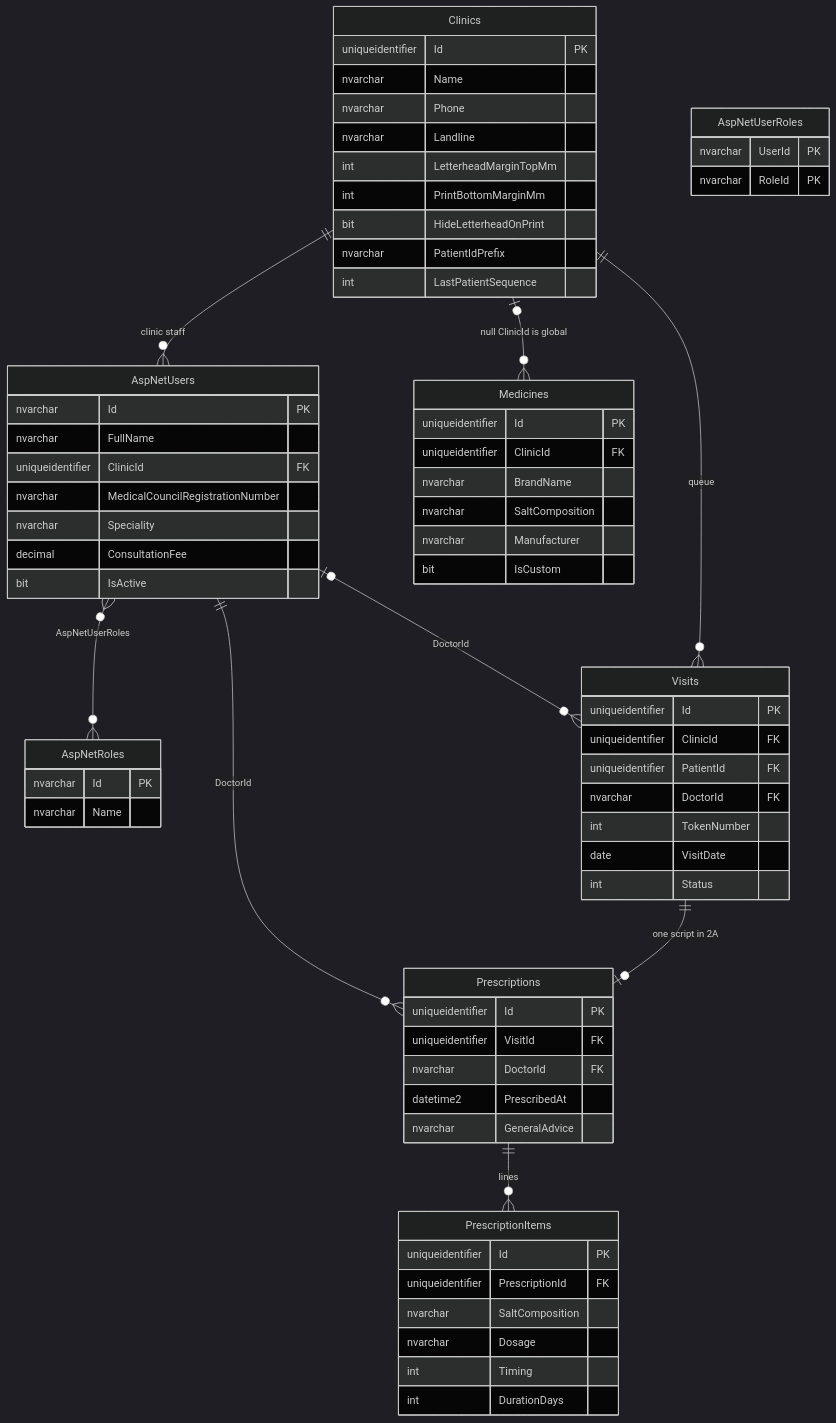
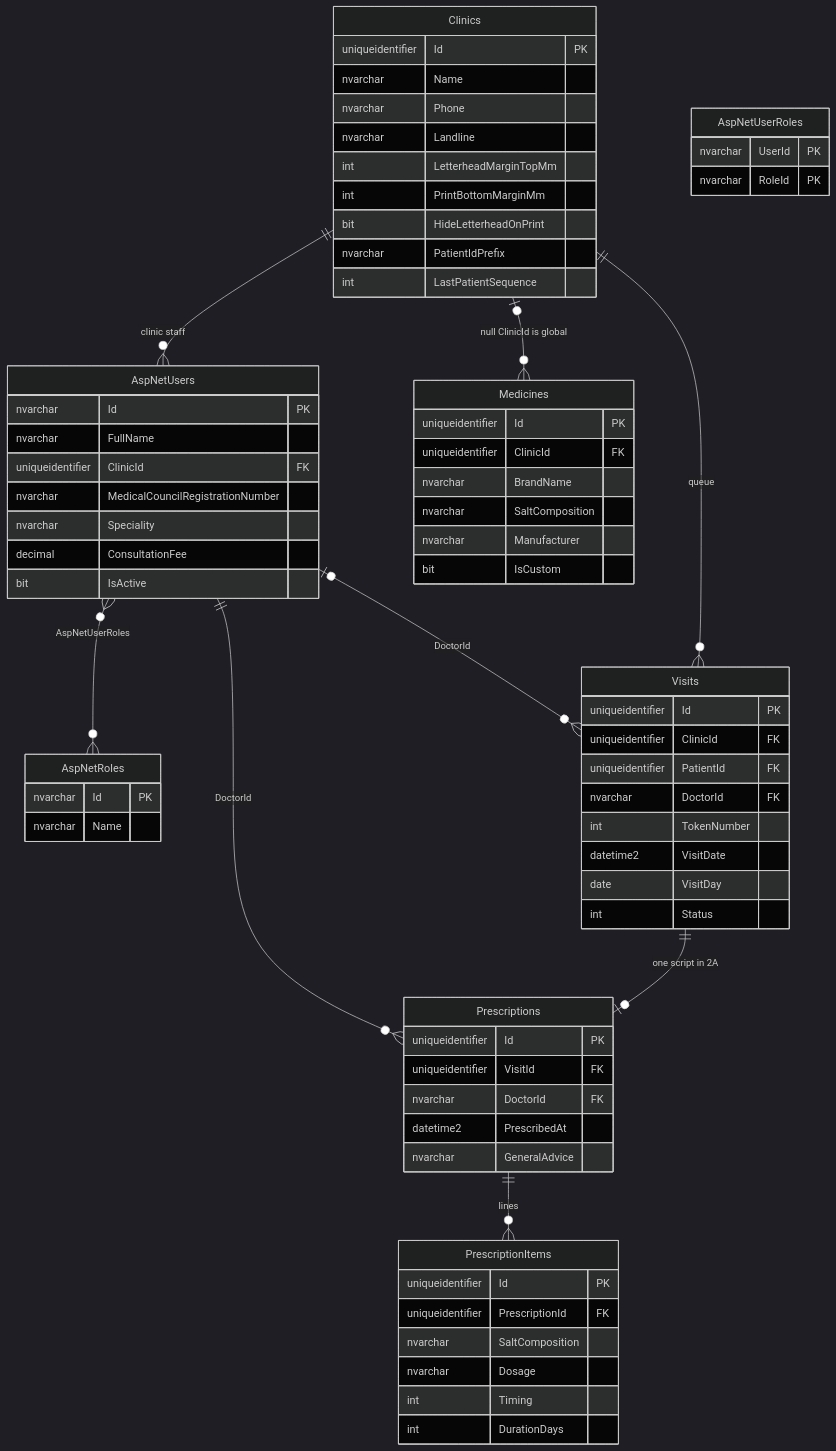
The first of 4 diagrams in prompts/DocOS-Database-Schema.md (nishantmittal26/DocOS), drawn with Mermaid (dark theme) before and after one commit. The commit also changed other lines of this file and 4 other files, not shown here.

````diff
--- a/prompts/DocOS-Database-Schema.md
+++ b/prompts/DocOS-Database-Schema.md
@@ -100,71 +106,72 @@
 ```mermaid
 erDiagram
     Clinics {
         uniqueidentifier Id PK
         nvarchar Name
         nvarchar Phone
         nvarchar Landline
         int LetterheadMarginTopMm
         int PrintBottomMarginMm
         bit HideLetterheadOnPrint
         nvarchar PatientIdPrefix
         int LastPatientSequence
     }
     AspNetUsers {
         nvarchar Id PK
         nvarchar FullName
         uniqueidentifier ClinicId FK
         nvarchar MedicalCouncilRegistrationNumber
         nvarchar Speciality
         decimal ConsultationFee
         bit IsActive
     }
     AspNetRoles {
         nvarchar Id PK
         nvarchar Name
     }
     AspNetUserRoles {
         nvarchar UserId PK
         nvarchar RoleId PK
     }
     Visits {
         uniqueidentifier Id PK
         uniqueidentifier ClinicId FK
         uniqueidentifier PatientId FK
         nvarchar DoctorId FK
         int TokenNumber
-        date VisitDate
+        datetime2 VisitDate
+        date VisitDay
         int Status
     }
     Prescriptions {
         uniqueidentifier Id PK
         uniqueidentifier VisitId FK
         nvarchar DoctorId FK
         datetime2 PrescribedAt
         nvarchar GeneralAdvice
     }
     PrescriptionItems {
         uniqueidentifier Id PK
         uniqueidentifier PrescriptionId FK
         nvarchar SaltComposition
         nvarchar Dosage
         int Timing
         int DurationDays
     }
     Medicines {
         uniqueidentifier Id PK
         uniqueidentifier ClinicId FK
         nvarchar BrandName
         nvarchar SaltComposition
         nvarchar Manufacturer
         bit IsCustom
     }
     Clinics ||--o{ AspNetUsers : "clinic staff"
     AspNetUsers }o--o{ AspNetRoles : "AspNetUserRoles"
     Clinics ||--o{ Visits : "queue"
     Clinics |o--o{ Medicines : "null ClinicId is global"
     AspNetUsers |o--o{ Visits : "DoctorId"
     Visits ||--o| Prescriptions : "one script in 2A"
     AspNetUsers ||--o{ Prescriptions : "DoctorId"
     Prescriptions ||--o{ PrescriptionItems : "lines"
 ```
````
